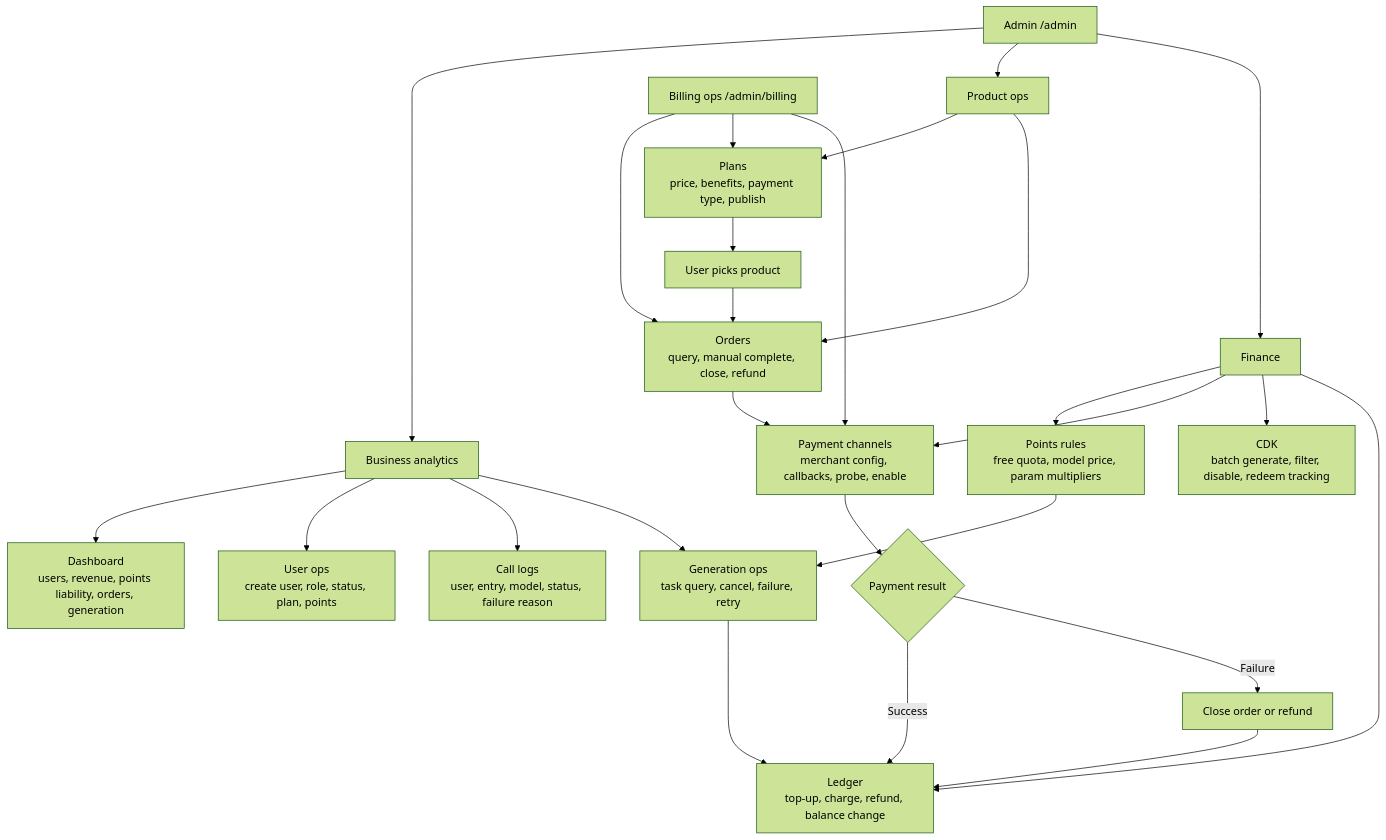
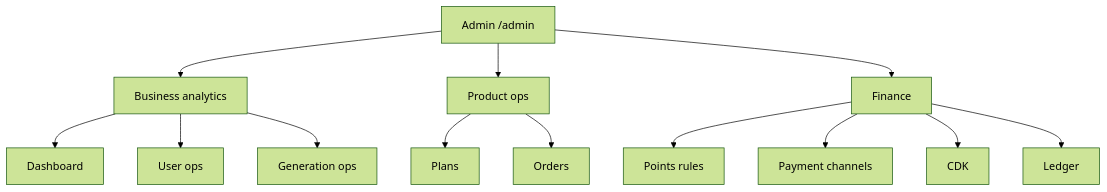
Before and after one commit to jiujiu532/JoveCanvas: the seventh of 9 diagrams in README.en.md, drawn with Mermaid (forest theme). The commit also changed other lines of this file and 1 other file, not shown here.

````diff
--- a/README.en.md
+++ b/README.en.md
@@ -267,35 +227,16 @@
 ```mermaid
 flowchart TB
     ADMIN["Admin /admin"] --> ANALYSIS["Business analytics"]
     ADMIN --> PRODUCT["Product ops"]
     ADMIN --> FINANCE["Finance"]
 
-    ANALYSIS --> OVERVIEW["Dashboard<br/>users, revenue, points liability, orders, generation"]
-    ANALYSIS --> USERS["User ops<br/>create user, role, status, plan, points"]
-    ANALYSIS --> LOGS["Call logs<br/>user, entry, model, status, failure reason"]
-    ANALYSIS --> GENERATION["Generation ops<br/>task query, cancel, failure, retry"]
-
-    PRODUCT --> PRODUCTS["Plans<br/>price, benefits, payment type, publish"]
-    PRODUCT --> ORDERS["Orders<br/>query, manual complete, close, refund"]
-
-    FINANCE --> POINTS["Points rules<br/>free quota, model price, param multipliers"]
-    FINANCE --> PAYMENTS["Payment channels<br/>merchant config, callbacks, probe, enable"]
-    FINANCE --> CDK["CDK<br/>batch generate, filter, disable, redeem tracking"]
-    FINANCE --> WALLET["Ledger<br/>top-up, charge, refund, balance change"]
-
-    BILLING_ADMIN["Billing ops /admin/billing"] --> ORDERS
-    BILLING_ADMIN --> PRODUCTS
-    BILLING_ADMIN --> PAYMENTS
-
-    PRODUCTS --> USER_BUY["User picks product"]
-    USER_BUY --> ORDERS
-    ORDERS --> PAYMENTS
-    PAYMENTS --> PAY_RESULT{"Payment result"}
-
-    PAY_RESULT -->|Success| WALLET
-    PAY_RESULT -->|Failure| REFUND["Close order or refund"]
-    REFUND --> WALLET
-
-    POINTS --> GENERATION
-    GENERATION --> WALLET
+    ANALYSIS --> OVERVIEW["Dashboard"]
+    ANALYSIS --> USERS["User ops"]
+    ANALYSIS --> GENERATION["Generation ops"]
+    PRODUCT --> PRODUCTS["Plans"]
+    PRODUCT --> ORDERS["Orders"]
+    FINANCE --> POINTS["Points rules"]
+    FINANCE --> PAYMENTS["Payment channels"]
+    FINANCE --> CDK["CDK"]
+    FINANCE --> WALLET["Ledger"]
 ```
````
